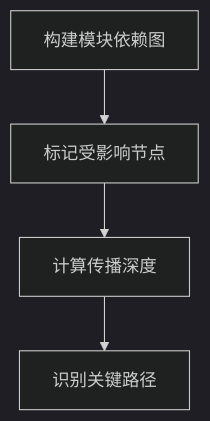
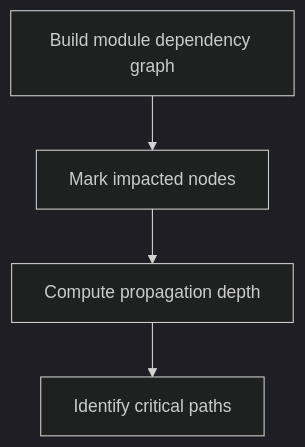
The diagram in agents/aduib-code-dev-workflows/impact-analyzer.md (chaorenex1/coding-agent-workflow), drawn with Mermaid (dark theme) before and after one commit. The commit also changed other lines of this file and 33 other files, not shown here.

````diff
--- a/agents/aduib-code-dev-workflows/impact-analyzer.md
+++ b/agents/aduib-code-dev-workflows/impact-analyzer.md
@@ -130,6 +130,6 @@
 ```mermaid
 graph TD
-    A[构建模块依赖图] --> B[标记受影响节点]
-    B --> C[计算传播深度]
-    C --> D[识别关键路径]
+    A[Build module dependency graph] --> B[Mark impacted nodes]
+    B --> C[Compute propagation depth]
+    C --> D[Identify critical paths]
 ```
````
